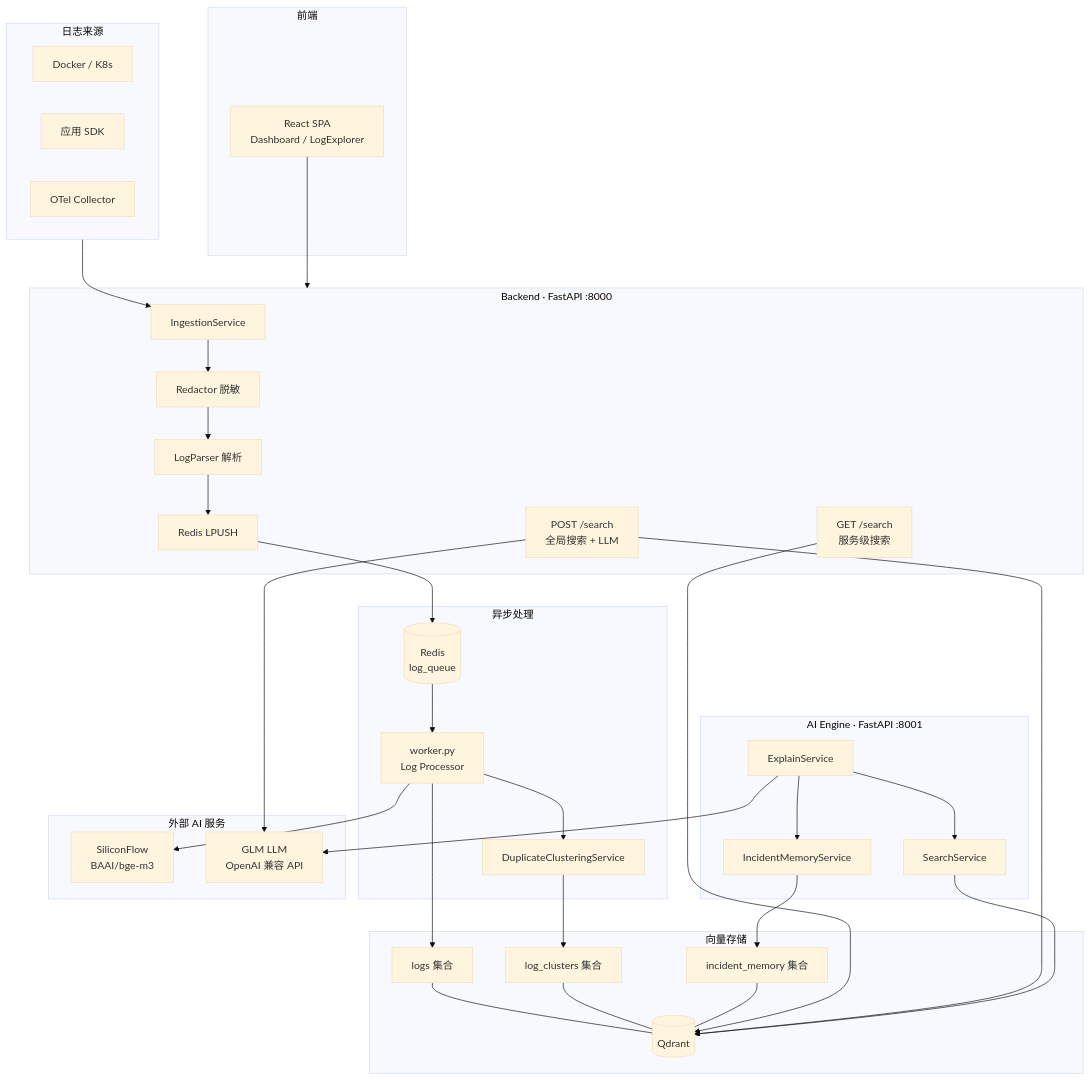
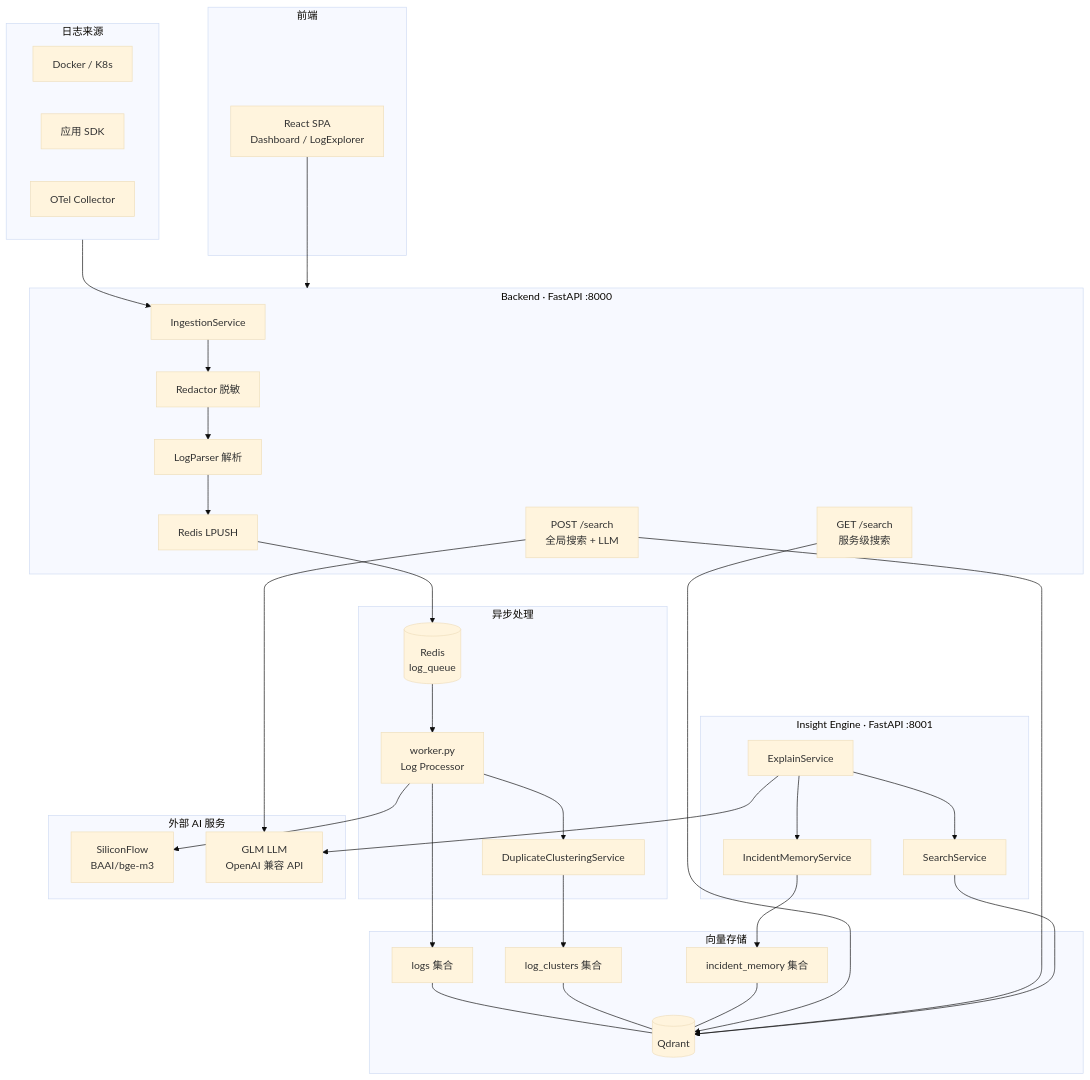
One commit to fanqingsong/Logara-AI changed the fifth of 17 diagrams in docs/business-logic.md. Above: the diagram before and after it, drawn with Mermaid (base theme). The commit also changed other lines of this file and 64 other files, not shown here.

````diff
--- a/docs/business-logic.md
+++ b/docs/business-logic.md
@@ -456,67 +456,67 @@
 ```mermaid
 graph TB
     subgraph Sources["日志来源"]
         Docker[Docker / K8s]
         App[应用 SDK]
         OTel[OTel Collector]
     end
 
     subgraph Backend["Backend · FastAPI :8000"]
         Ingest[IngestionService]
         Redact[Redactor 脱敏]
         Parser[LogParser 解析]
         QueuePush[Redis LPUSH]
         SearchGET[GET /search<br/>服务级搜索]
         SearchPOST[POST /search<br/>全局搜索 + LLM]
     end
 
     subgraph Async["异步处理"]
         Redis[(Redis<br/>log_queue)]
-        Worker[worker.py<br/>Log Processor]
+        LP[worker.py<br/>Log Processor]
         Cluster[DuplicateClusteringService]
     end
 
     subgraph Storage["向量存储"]
         Qdrant[(Qdrant)]
         LogsCol[logs 集合]
         ClusterCol[log_clusters 集合]
         IncidentCol[incident_memory 集合]
     end
 
-    subgraph AI["AI Engine · FastAPI :8001"]
+    subgraph AI["Insight Engine · FastAPI :8001"]
         AISearch[SearchService]
         Explain[ExplainService]
         IncidentMem[IncidentMemoryService]
     end
 
     subgraph External["外部 AI 服务"]
         Embed[SiliconFlow<br/>BAAI/bge-m3]
         GLM[GLM LLM<br/>OpenAI 兼容 API]
     end
 
     subgraph UI["前端"]
         Frontend[React SPA<br/>Dashboard / LogExplorer]
     end
 
     Sources --> Ingest
     Ingest --> Redact --> Parser --> QueuePush --> Redis
-    Redis --> Worker
-    Worker --> Embed
-    Worker --> Cluster
-    Worker --> LogsCol
+    Redis --> LP
+    LP --> Embed
+    LP --> Cluster
+    LP --> LogsCol
     Cluster --> ClusterCol
     LogsCol --- Qdrant
     ClusterCol --- Qdrant
     IncidentCol --- Qdrant
 
     SearchGET --> Qdrant
     SearchPOST --> Qdrant
     SearchPOST --> GLM
     AISearch --> Qdrant
     Explain --> AISearch
     Explain --> IncidentMem
     Explain --> GLM
     IncidentMem --> IncidentCol
 
     Frontend --> Backend
 ```
````
